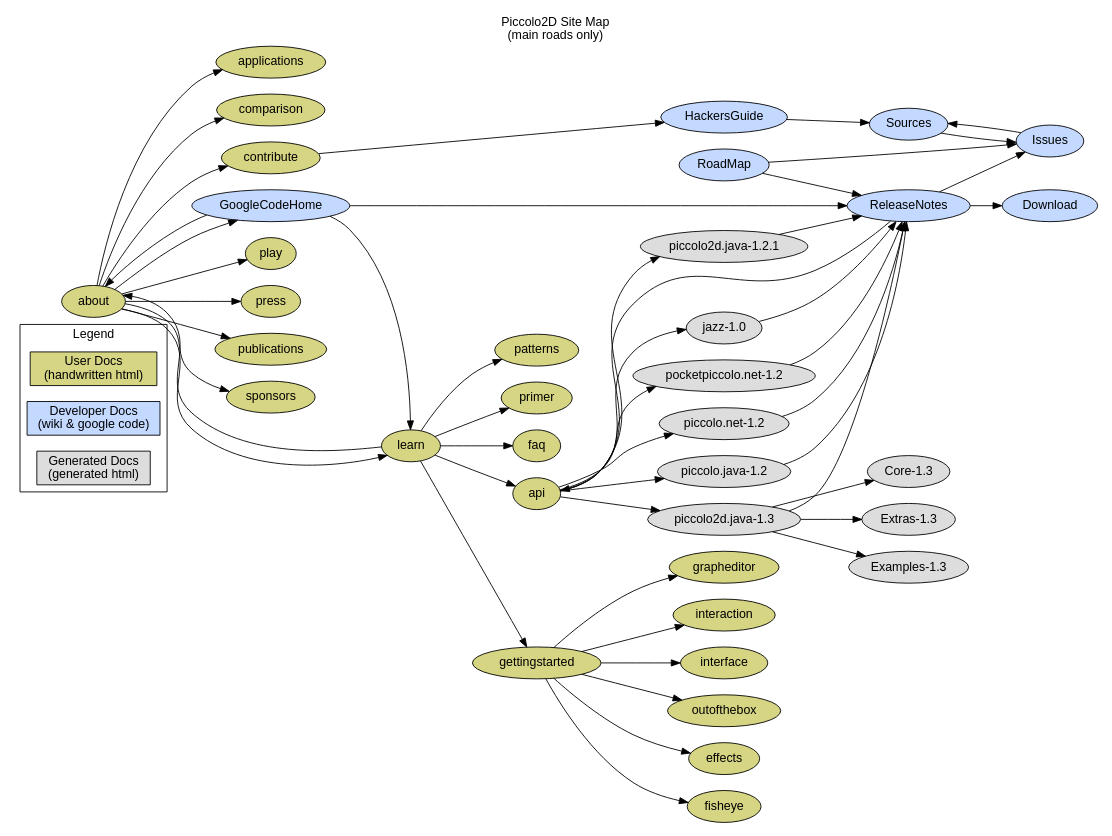
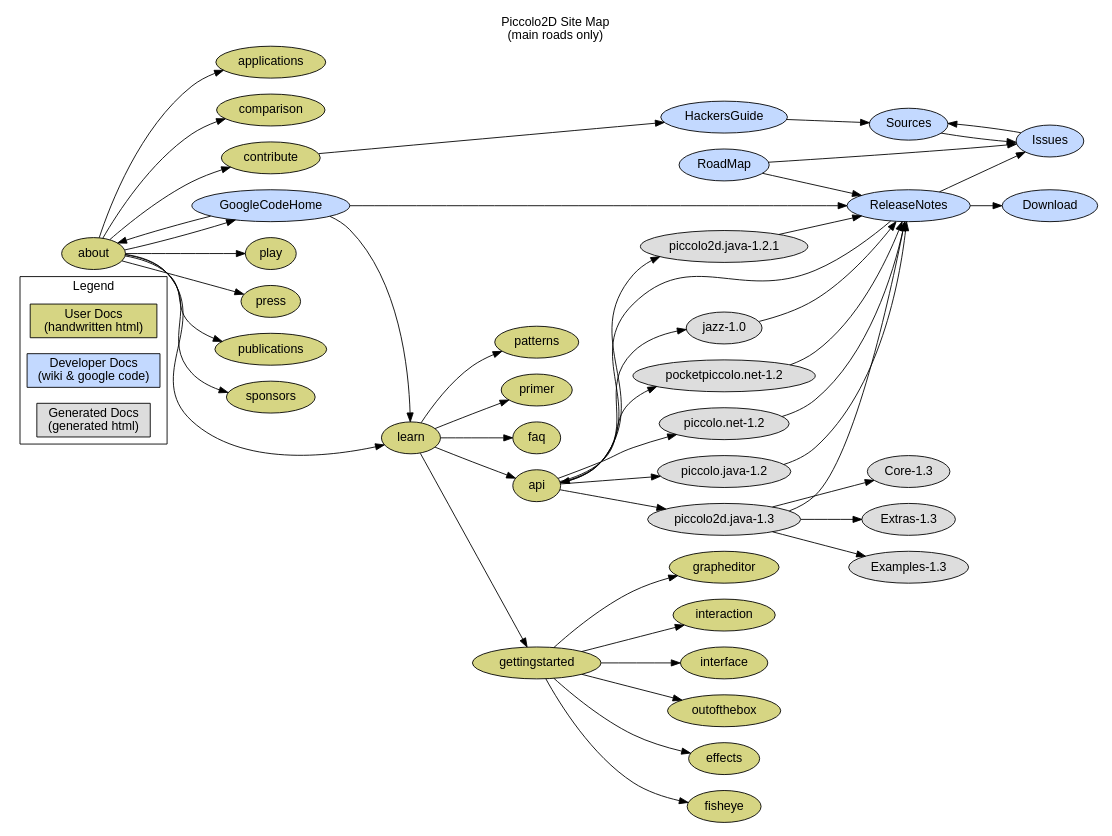
Before and after one commit to google-code-export/piccolo2d: the diagram in site/sitemap.dot, drawn with Graphviz. The commit also changed 150 other files, not shown here.

```diff
--- a/site/sitemap.dot
+++ b/site/sitemap.dot
@@ -1,132 +1,131 @@
 #!/usr/bin/dot -Tsvg -o sitemap.svg
 /*
 
 render: $ dot -Tsvg -o sitemap.svg sitemap.dot
 
     $Id$
 
 	See http://www.graphviz.org/Documentation.php
 	http://www.iua.upf.es/~dgarcia/Codders/DotUmlUseCases.html
 */
 digraph "Piccolo2D Site Map" {
 graph [	rankdir=LR,
 	fontname = "sans-serif",
 	label="Piccolo2D Site Map\n(main roads only)",
 	labelloc=t,
 	size = "12,12" ];
 node [	style=filled,
 	fontname = "sans-serif" ];
 
 /* legend */
 subgraph cluster_0 {
 label="Legend";
 node [shape=box,group="legend"];
 "User Docs\n(handwritten html)" [fillcolor="#d6d583"];
 "Developer Docs\n(wiki & google code)" [fillcolor="#c3d9ff"];
 "Generated Docs\n(generated html)" [fillcolor="#dddddd"];
 }
 
 node [shape=ellipse,target="_blank"];
 
 /* html */
 node [fillcolor="#d6d583",group="www"];
 
 about [URL="http://www.cs.umd.edu/hcil/piccolo/learn/about.shtml"];
 api [URL="http://www.cs.umd.edu/hcil/jazz/learn/api.shtml"];
 applications [URL="http://www.cs.umd.edu/hcil/jazz/applications/index.shtml"];
 comparison [URL="http://www.cs.umd.edu/hcil/jazz/learn/comparison.shtml"];
 contribute [URL="http://www.cs.umd.edu/hcil/jazz/contribute/index.shtml"];
 effects [URL="http://www.cs.umd.edu/hcil/piccolo/learn/effects.shtml"];
 faq [URL="http://www.cs.umd.edu/hcil/jazz/learn/dev-faq.shtml"];
 fisheye [URL="http://www.cs.umd.edu/hcil/piccolo/learn/fisheye.shtml"];
 gettingstarted [URL="http://www.cs.umd.edu/hcil/piccolo/learn/get-started.shtml"];
 grapheditor [URL="http://www.cs.umd.edu/hcil/piccolo/learn/grapheditor.shtml"];
 interaction [URL="http://www.cs.umd.edu/hcil/piccolo/learn/interaction.shtml"];
 interface [URL="http://www.cs.umd.edu/hcil/piccolo/learn/interface.shtml"];
 learn [URL="http://www.cs.umd.edu/hcil/jazz/learn/index.shtml"];
 outofthebox [URL="http://www.cs.umd.edu/hcil/piccolo/learn/out-of-box-java.shtml"];
 play [URL="http://www.cs.umd.edu/hcil/jazz/play/index.shtml"];
 press [URL="http://www.cs.umd.edu/hcil/jazz/press/index.shtml"];
 publications [URL="http://www.cs.umd.edu/hcil/jazz/learn/publications.shtml"];
 sponsors [URL="http://www.cs.umd.edu/hcil/jazz/team/sponsors.shtml"];
 patterns [URL="http://www.cs.umd.edu/hcil/jazz/learn/patterns.shtml"];
 primer [URL="http://www.cs.umd.edu/hcil/jazz/learn/graphics.shtml"];
 
 /* wiki */
 node [fillcolor="#c3d9ff",group="wiki"];
 
 /* DeveloperFAQ [URL="http://code.google.com/p/piccolo2d/wiki/DeveloperFAQ"]; */
 Download [URL="http://code.google.com/p/piccolo2d/downloads/list"];
 GoogleCodeHome [URL="http://code.google.com/p/piccolo2d/"];
 HackersGuide [URL="http://code.google.com/p/piccolo2d/wiki/HackersGuide"];
 Issues [URL="http://code.google.com/p/piccolo2d/issues"];
 ReleaseNotes [URL="http://code.google.com/p/piccolo2d/wiki/ReleaseNotes"];
 RoadMap [URL="http://code.google.com/p/piccolo2d/wiki/RoadMap"];
 Sources [URL="http://code.google.com/p/piccolo2d/wiki/CheckoutInstructions"];
 
 /* maven */
 node [fillcolor="#dddddd",group="autogen"];
 
 "jazz-1.0" [label="jazz-1.0"];
 "pp2d.net-1.2" [label="pocketpiccolo.net-1.2"];
 "p2d.net-1.2" [label="piccolo.net-1.2"];
 "p2d.java-1.2" [label="piccolo.java-1.2"];
 "p2d.java-1.2.1" [label="piccolo2d.java-1.2.1",URL="http://piccolo2d.googlecode.com/svn/site/piccolo2d.java/release-1.2.1"];
 "p2d.java-1.3" [label="piccolo2d.java-1.3",URL="http://piccolo2d.googlecode.com/svn/site/piccolo2d.java/release-1.3-SNAPSHOT/piccolo2d/index.html"];
 "Core-1.3" [URL="http://piccolo2d.googlecode.com/svn/site/piccolo2d.java/release-1.3-SNAPSHOT/piccolo2d-core/index.html"];
 "Extras-1.3" [URL="http://piccolo2d.googlecode.com/svn/site/piccolo2d.java/release-1.3-SNAPSHOT/piccolo2d-extras/index.html"];
 "Examples-1.3" [URL="http://piccolo2d.googlecode.com/svn/site/piccolo2d.java/release-1.3-SNAPSHOT/piccolo2d-examples/index.html"];
 
 
 GoogleCodeHome -> about;
 GoogleCodeHome -> learn;
 GoogleCodeHome -> ReleaseNotes;
 HackersGuide -> Sources;
 Issues -> Sources;
 ReleaseNotes -> api;
 ReleaseNotes -> Issues;
 ReleaseNotes -> Download;
 RoadMap -> Issues;
 RoadMap -> ReleaseNotes;
 Sources -> Issues;
 
 "jazz-1.0" -> ReleaseNotes;
 "p2d.java-1.2.1" -> ReleaseNotes;
 "p2d.java-1.2" -> ReleaseNotes;
 "p2d.java-1.3" -> "Core-1.3";
 "p2d.java-1.3" -> "Examples-1.3";
 "p2d.java-1.3" -> "Extras-1.3";
 "p2d.java-1.3" -> ReleaseNotes;
 "p2d.net-1.2" -> ReleaseNotes;
 "pp2d.net-1.2" -> ReleaseNotes;
 
 about -> applications;
 about -> comparison;
 about -> contribute;
 learn -> faq;
 about -> GoogleCodeHome;
 about -> learn;
 about -> play;
 about -> press;
 about -> publications;
 about -> sponsors;
 api -> "jazz-1.0";
 api -> "p2d.java-1.2";
 api -> "p2d.java-1.2.1";
 api -> "p2d.java-1.3";
 api -> "p2d.net-1.2";
 api -> "pp2d.net-1.2";
 contribute -> HackersGuide;
 gettingstarted -> effects;
 gettingstarted -> fisheye;
 gettingstarted -> grapheditor;
 gettingstarted -> interaction;
 gettingstarted -> interface;
 gettingstarted -> outofthebox;
-learn -> about;
 learn -> api;
 learn -> gettingstarted;
 learn -> patterns;
 learn -> primer;
 
 }
```
